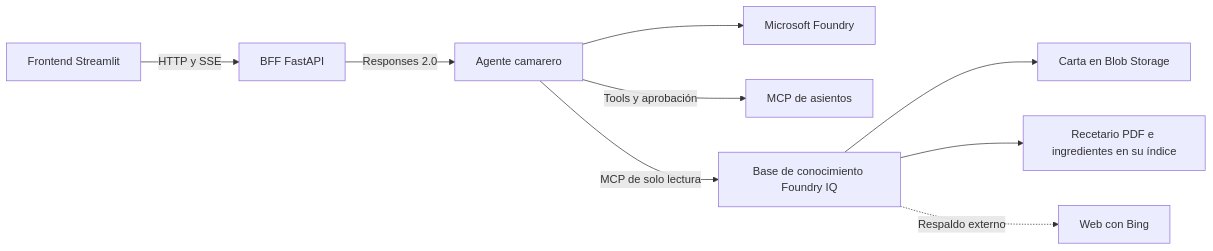
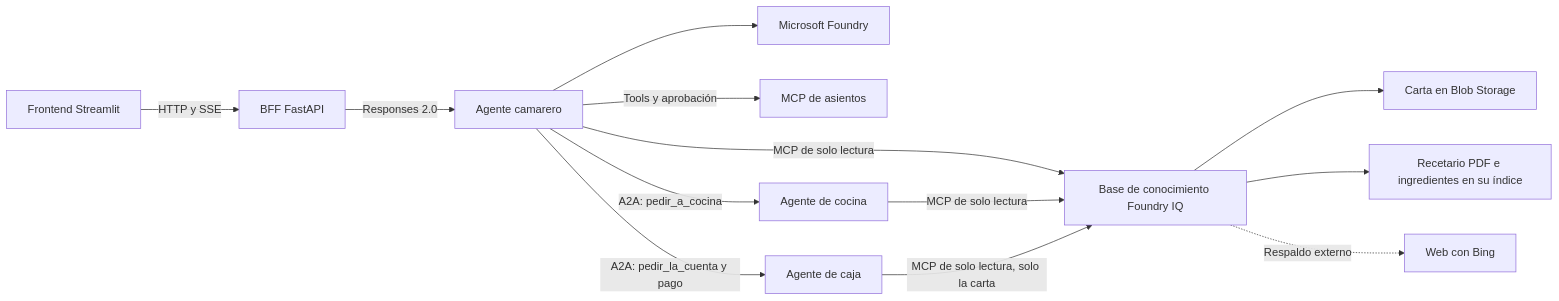
One commit to dsanchor/morcillaconf changed the diagram in README.md. Above: the diagram before and after it, drawn with Mermaid. The commit also changed other lines of this file and 4 other files, not shown here.

````diff
--- a/README.md
+++ b/README.md
@@ -74,11 +77,15 @@
 ```mermaid
 flowchart LR
     F[Frontend Streamlit] -->|HTTP y SSE| B[BFF FastAPI]
     B -->|Responses 2.0| A[Agente camarero]
     A --> FO[Microsoft Foundry]
     A -->|Tools y aprobación| M[MCP de asientos]
+    A -->|A2A: pedir_a_cocina| CO[Agente de cocina]
+    A -->|A2A: pedir_la_cuenta y pago| CA[Agente de caja]
     A -->|MCP de solo lectura| K[Base de conocimiento Foundry IQ]
+    CO -->|MCP de solo lectura| K
+    CA -->|MCP de solo lectura, solo la carta| K
     K --> C[Carta en Blob Storage]
     K --> R[Recetario PDF e ingredientes en su índice]
     K -.->|Respaldo externo| W[Web con Bing]
 ```
````
